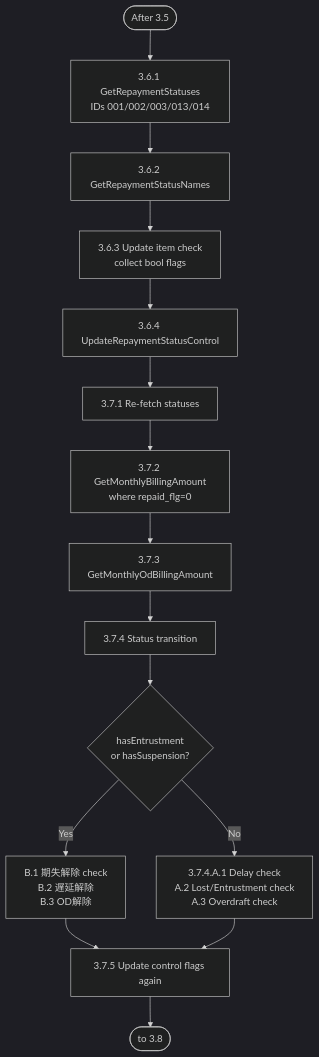
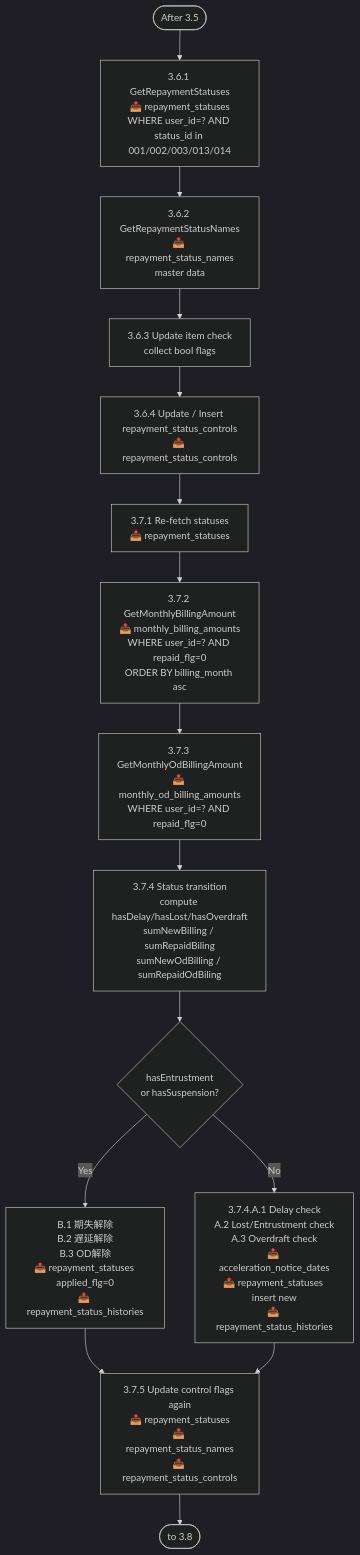
The fourth of 12 diagrams in README.md (tungvv318/git-talk), drawn with Mermaid (dark theme) before and after one commit. The commit also changed other lines of this file, not shown here.

````diff
--- a/README.md
+++ b/README.md
@@ -68,17 +72,17 @@
 ```mermaid
 flowchart TD
-    Start([After 3.5]) --> S361[3.6.1 GetRepaymentStatuses<br/>IDs 001/002/003/013/014]
-    S361 --> S362[3.6.2 GetRepaymentStatusNames]
+    Start([After 3.5]) --> S361[3.6.1 GetRepaymentStatuses<br/>📥 repayment_statuses<br/>WHERE user_id=? AND status_id in 001/002/003/013/014]
+    S361 --> S362[3.6.2 GetRepaymentStatusNames<br/>📥 repayment_status_names<br/>master data]
     S362 --> S363[3.6.3 Update item check<br/>collect bool flags]
-    S363 --> S364[3.6.4 UpdateRepaymentStatusControl]
-    S364 --> S371[3.7.1 Re-fetch statuses]
-    S371 --> S372[3.7.2 GetMonthlyBillingAmount<br/>where repaid_flg=0]
-    S372 --> S373[3.7.3 GetMonthlyOdBillingAmount]
-    S373 --> S374[3.7.4 Status transition]
+    S363 --> S364[3.6.4 Update / Insert repayment_status_controls<br/>📤 repayment_status_controls]
+    S364 --> S371[3.7.1 Re-fetch statuses<br/>📥 repayment_statuses]
+    S371 --> S372[3.7.2 GetMonthlyBillingAmount<br/>📥 monthly_billing_amounts<br/>WHERE user_id=? AND repaid_flg=0<br/>ORDER BY billing_month asc]
+    S372 --> S373[3.7.3 GetMonthlyOdBillingAmount<br/>📥 monthly_od_billing_amounts<br/>WHERE user_id=? AND repaid_flg=0]
+    S373 --> S374[3.7.4 Status transition<br/>compute hasDelay/hasLost/hasOverdraft<br/>sumNewBilling / sumRepaidBiling<br/>sumNewOdBilling / sumRepaidOdBiling]
     S374 --> B1{hasEntrustment<br/>or hasSuspension?}
-    B1 -- Yes --> B1Path[B.1 期失解除 check<br/>B.2 遅延解除<br/>B.3 OD解除]
-    B1 -- No --> A1[3.7.4.A.1 Delay check<br/>A.2 Lost/Entrustment check<br/>A.3 Overdraft check]
+    B1 -- Yes --> B1Path[B.1 期失解除<br/>B.2 遅延解除<br/>B.3 OD解除<br/>📤 repayment_statuses applied_flg=0<br/>📤 repayment_status_histories]
+    B1 -- No --> A1[3.7.4.A.1 Delay check<br/>A.2 Lost/Entrustment check<br/>A.3 Overdraft check<br/>📥 acceleration_notice_dates<br/>📤 repayment_statuses insert new<br/>📤 repayment_status_histories]
     B1Path --> S375
-    A1 --> S375[3.7.5 Update control flags again]
+    A1 --> S375[3.7.5 Update control flags again<br/>📥 repayment_statuses<br/>📥 repayment_status_names<br/>📤 repayment_status_controls]
     S375 --> S38([to 3.8])
 ```
````
